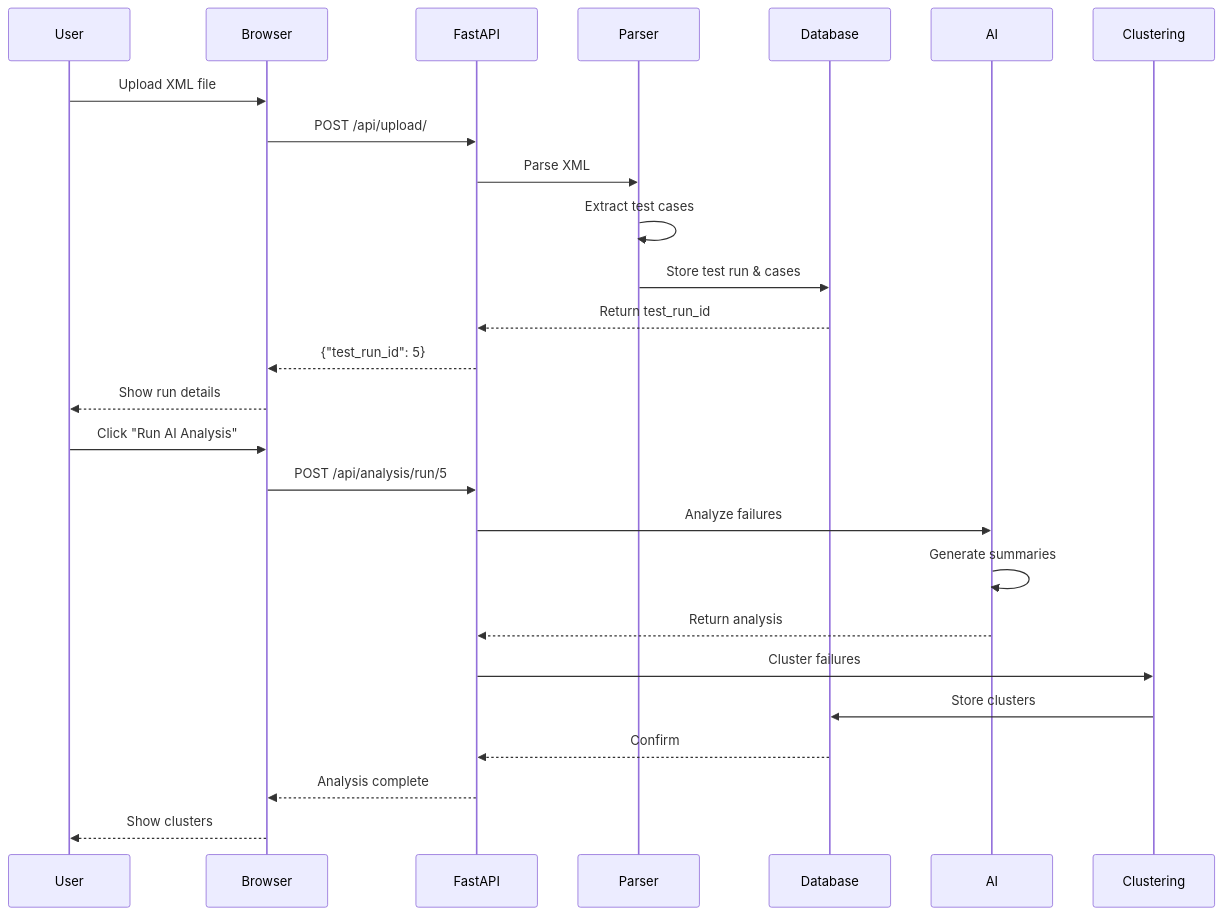
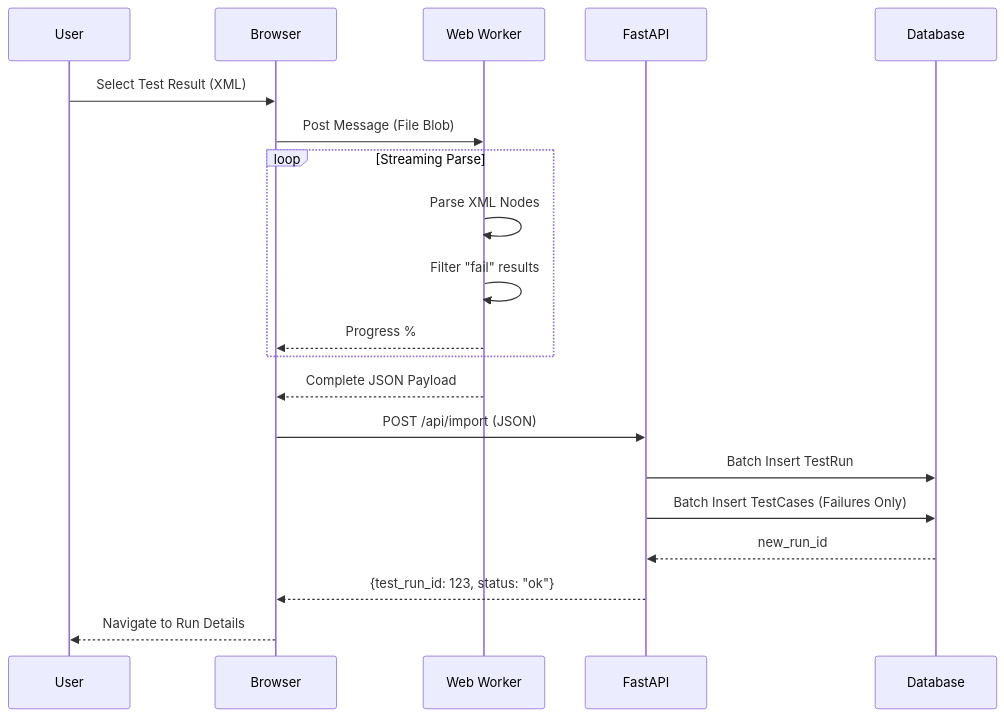
Before and after one commit to seen0722/GMS-helper: the third of 5 diagrams in docs/ARCHITECTURE.md, drawn with Mermaid. The commit also changed other lines of this file and 1 other file, not shown here.

Commit message:
docs: regenerate architecture and design documents

````diff
--- a/docs/ARCHITECTURE.md
+++ b/docs/ARCHITECTURE.md
@@ -122,30 +131,25 @@
 ```mermaid
 sequenceDiagram
     participant User
     participant Browser
+    participant Worker as Web Worker
     participant FastAPI
-    participant Parser
     participant Database
-    participant AI
-    participant Clustering
+
+    User->>Browser: Select Test Result (XML)
+    Browser->>Worker: Post Message (File Blob)
     
-    User->>Browser: Upload XML file
-    Browser->>FastAPI: POST /api/upload/
-    FastAPI->>Parser: Parse XML
-    Parser->>Parser: Extract test cases
-    Parser->>Database: Store test run & cases
-    Database-->>FastAPI: Return test_run_id
-    FastAPI-->>Browser: {"test_run_id": 5}
-    Browser-->>User: Show run details
+    loop Streaming Parse
+        Worker->>Worker: Parse XML Nodes
+        Worker->>Worker: Filter "fail" results
+        Worker-->>Browser: Progress %
+    end
     
-    User->>Browser: Click "Run AI Analysis"
-    Browser->>FastAPI: POST /api/analysis/run/5
-    FastAPI->>AI: Analyze failures
-    AI->>AI: Generate summaries
-    AI-->>FastAPI: Return analysis
-    FastAPI->>Clustering: Cluster failures
-    Clustering->>Database: Store clusters
-    Database-->>FastAPI: Confirm
-    FastAPI-->>Browser: Analysis complete
-    Browser-->>User: Show clusters
+    Worker-->>Browser: Complete JSON Payload
+    Browser->>FastAPI: POST /api/import (JSON)
+    FastAPI->>Database: Batch Insert TestRun
+    FastAPI->>Database: Batch Insert TestCases (Failures Only)
+    Database-->>FastAPI: new_run_id
+    FastAPI-->>Browser: {test_run_id: 123, status: "ok"}
+    Browser-->>User: Navigate to Run Details
 ```
````
